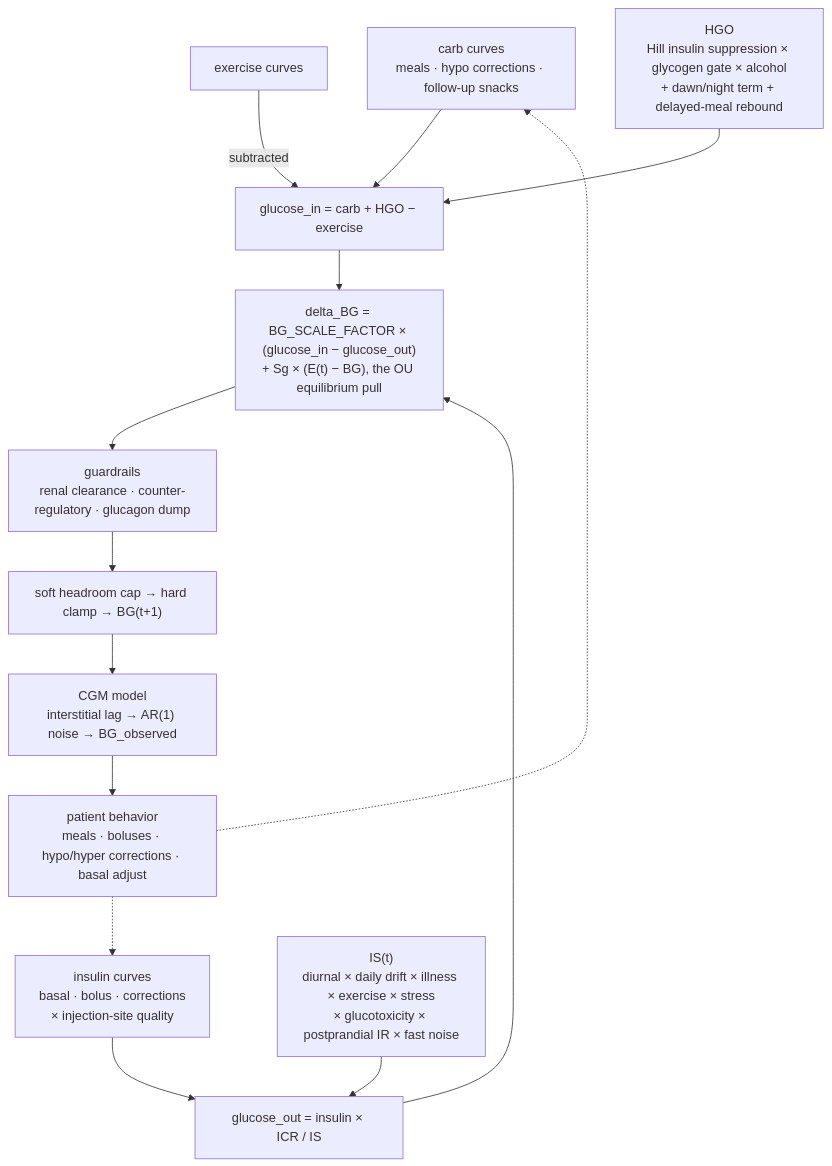
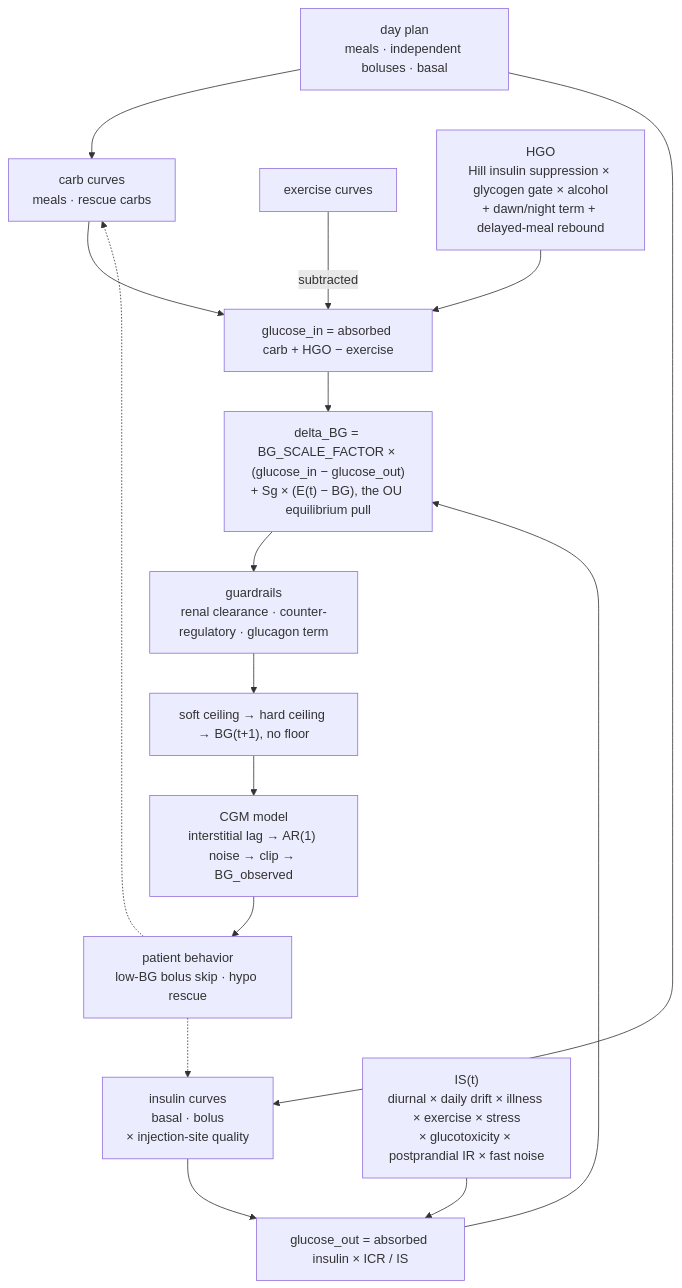
Before and after one commit to 0xdeadf1sh/T1DMSIM: the diagram in docs/math.md, drawn with Mermaid. The commit also changed other lines of this file and 2 other files, not shown here.

First line of the commit message:
counterfactual: Document the randomised bolus policy

````diff
--- a/docs/math.md
+++ b/docs/math.md
@@ -8,16 +8,18 @@
 ```mermaid
 flowchart TD
-    CARB["carb curves<br/>meals · hypo corrections · follow-up snacks"] --> GIN["glucose_in = carb + HGO − exercise"]
+    CARB["carb curves<br/>meals · rescue carbs"] --> GIN["glucose_in = absorbed carb + HGO − exercise"]
     EX["exercise curves"] -->|subtracted| GIN
     HGO["HGO<br/>Hill insulin suppression × glycogen gate × alcohol<br/>+ dawn/night term + delayed-meal rebound"] --> GIN
-    INS["insulin curves<br/>basal · bolus · corrections<br/>× injection-site quality"] --> GOUT["glucose_out = insulin × ICR / IS"]
+    INS["insulin curves<br/>basal · bolus<br/>× injection-site quality"] --> GOUT["glucose_out = absorbed insulin × ICR / IS"]
     IS["IS(t)<br/>diurnal × daily drift × illness × exercise × stress<br/>× glucotoxicity × postprandial IR × fast noise"] --> GOUT
     GIN --> DELTA["delta_BG = BG_SCALE_FACTOR × (glucose_in − glucose_out)<br/>+ Sg × (E(t) − BG), the OU equilibrium pull"]
     GOUT --> DELTA
-    DELTA --> GUARD["guardrails<br/>renal clearance · counter-regulatory · glucagon dump"]
-    GUARD --> BOUND["soft headroom cap → hard clamp → BG(t+1)"]
-    BOUND --> CGM["CGM model<br/>interstitial lag → AR(1) noise → BG_observed"]
-    CGM --> BEH["patient behavior<br/>meals · boluses · hypo/hyper corrections · basal adjust"]
+    DELTA --> GUARD["guardrails<br/>renal clearance · counter-regulatory · glucagon term"]
+    GUARD --> BOUND["soft ceiling → hard ceiling → BG(t+1), no floor"]
+    BOUND --> CGM["CGM model<br/>interstitial lag → AR(1) noise → clip → BG_observed"]
+    CGM --> BEH["patient behavior<br/>low-BG bolus skip · hypo rescue"]
+    PLAN["day plan<br/>meals · independent boluses · basal"] --> CARB
+    PLAN --> INS
     BEH -.-> CARB
     BEH -.-> INS
 ```
````
